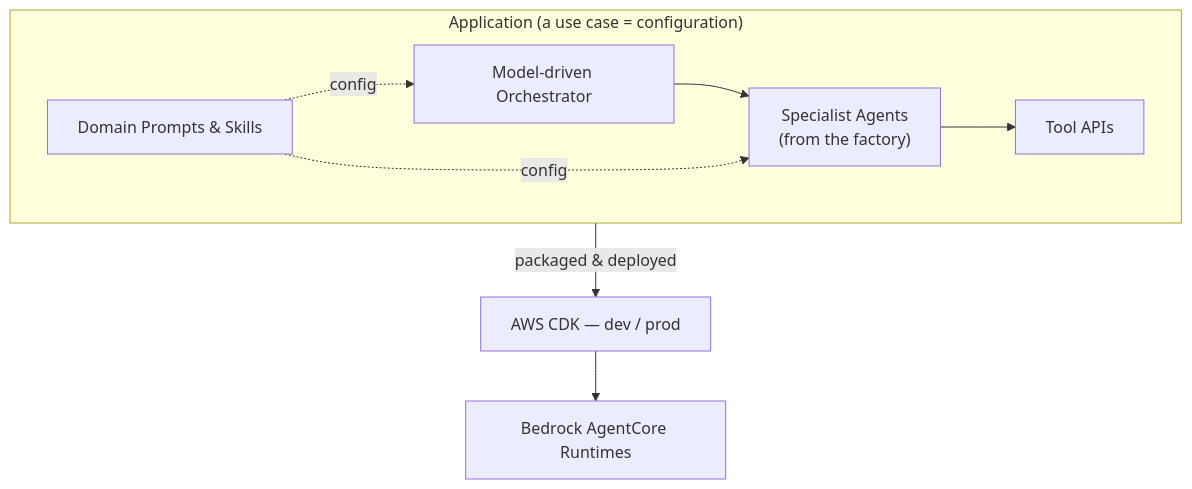
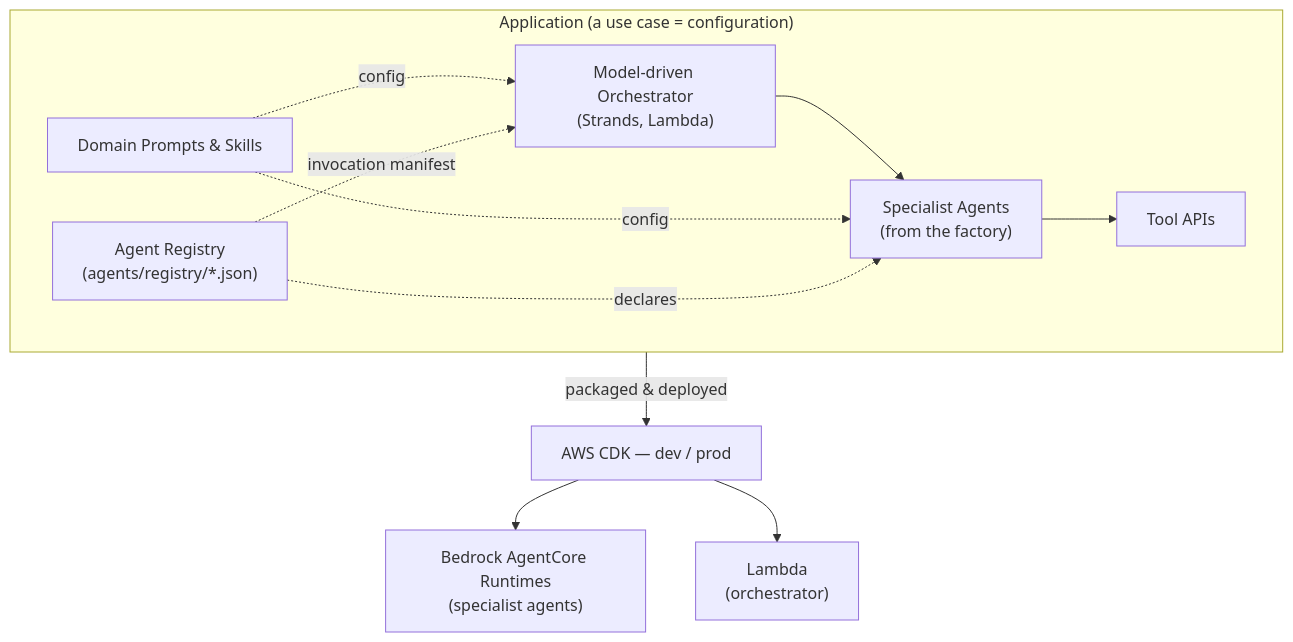
The second of 9 diagrams in docs/architecture/architecture.md (prashant-baj/tendril), drawn with Mermaid before and after one commit. The commit also changed other lines of this file and 7 other files, not shown here.

Commit message:
docs: update architecture ADRs to reflect new async orchestrator design and declarative agent registry; add OpenAPI contract for Client API

````diff
--- a/docs/architecture/architecture.md
+++ b/docs/architecture/architecture.md
@@ -34,15 +34,19 @@
 ```mermaid
 flowchart TB
   subgraph APP["Application (a use case = configuration)"]
-    ORCH["Model-driven Orchestrator"]
+    ORCH["Model-driven Orchestrator<br/>(Strands, Lambda)"]
     AGENTS["Specialist Agents<br/>(from the factory)"]
     TOOLS["Tool APIs"]
     PROMPTS["Domain Prompts &amp; Skills"]
+    REG["Agent Registry<br/>(agents/registry/*.json)"]
     ORCH --> AGENTS
     AGENTS --> TOOLS
     PROMPTS -. config .-> AGENTS
     PROMPTS -. config .-> ORCH
+    REG -. declares .-> AGENTS
+    REG -. invocation manifest .-> ORCH
   end
   APP -->|packaged &amp; deployed| CDK["AWS CDK — dev / prod"]
-  CDK --> ACORE["Bedrock AgentCore Runtimes"]
+  CDK --> ACORE["Bedrock AgentCore Runtimes<br/>(specialist agents)"]
+  CDK --> LAM["Lambda<br/>(orchestrator)"]
 ```
````
